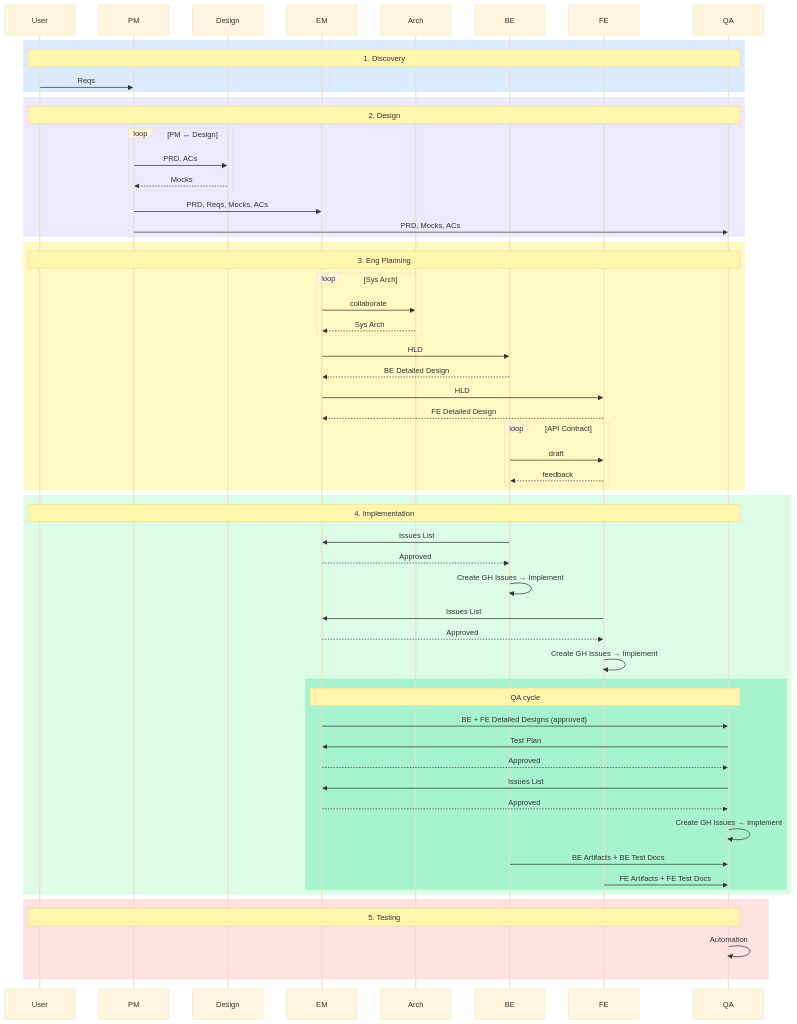
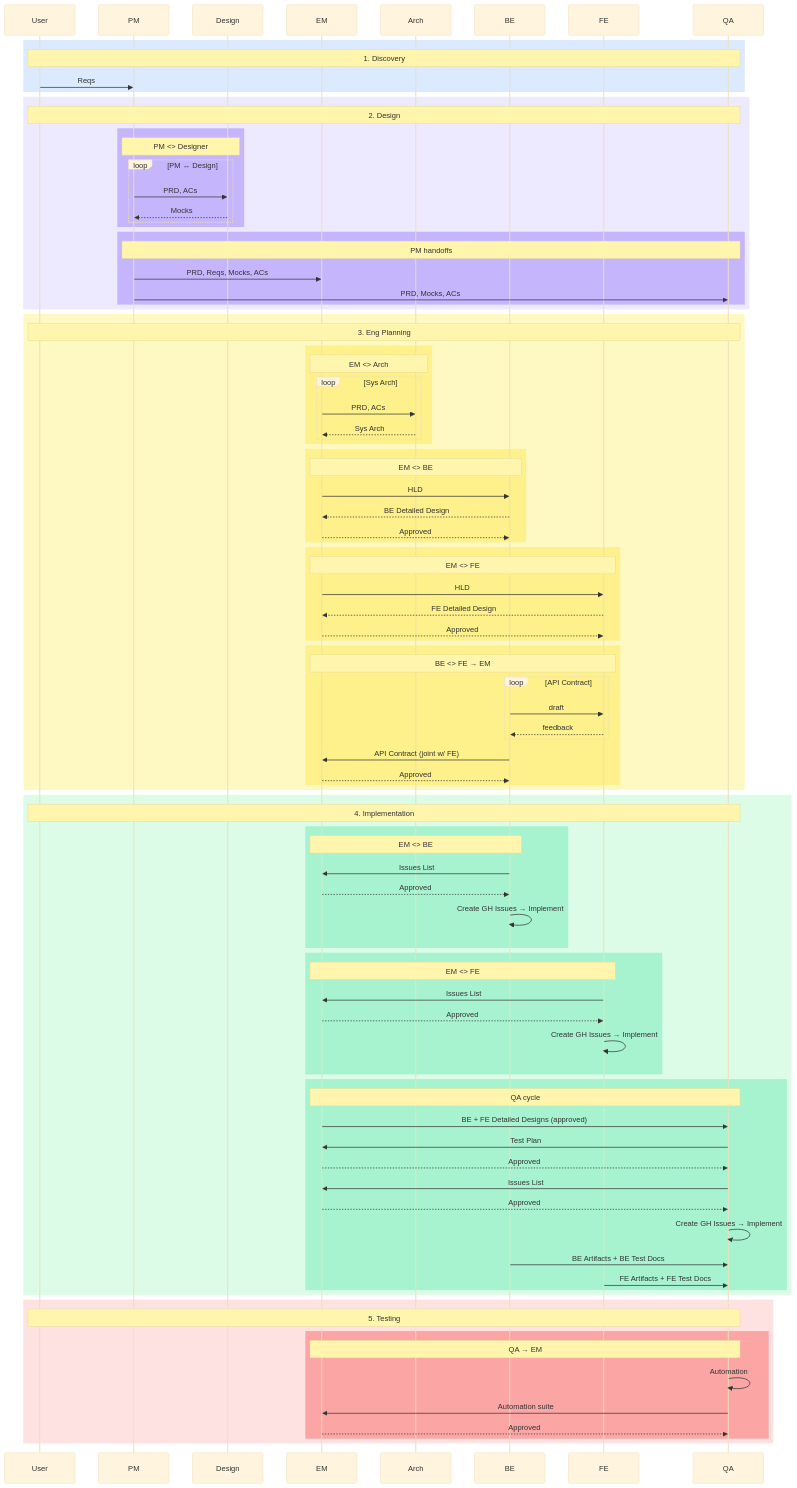
One commit to sans-github/agents changed the third of 3 diagrams in README.md. Above: the diagram before and after it, drawn with Mermaid (base theme).

Commit message:
add sub-boxes to all phases; fix EM approval gaps for BE DD, FE DD, API Contract, automation suite

````diff
--- a/README.md
+++ b/README.md
@@ -150,36 +150,64 @@
     end
     rect rgb(237, 233, 254)
         Note over User,QA: 2. Design
-        loop PM ↔ Design
-            PM->>Design: PRD, ACs
-            Design-->>PM: Mocks
+        rect rgb(196, 181, 253)
+            Note over PM,Design: PM <> Designer
+            loop PM ↔ Design
+                PM->>Design: PRD, ACs
+                Design-->>PM: Mocks
+            end
         end
-        PM->>EM: PRD, Reqs, Mocks, ACs
-        PM->>QA: PRD, Mocks, ACs
+        rect rgb(196, 181, 253)
+            Note over PM,QA: PM handoffs
+            PM->>EM: PRD, Reqs, Mocks, ACs
+            PM->>QA: PRD, Mocks, ACs
+        end
     end
     rect rgb(254, 249, 195)
         Note over User,QA: 3. Eng Planning
-        loop Sys Arch
-            EM->>Arch: collaborate
-            Arch-->>EM: Sys Arch
+        rect rgb(254, 240, 138)
+            Note over EM,Arch: EM <> Arch
+            loop Sys Arch
+                EM->>Arch: PRD, ACs
+                Arch-->>EM: Sys Arch
+            end
         end
-        EM->>BE: HLD
-        BE-->>EM: BE Detailed Design
-        EM->>FE: HLD
-        FE-->>EM: FE Detailed Design
-        loop API Contract
-            BE->>FE: draft
-            FE-->>BE: feedback
+        rect rgb(254, 240, 138)
+            Note over EM,BE: EM <> BE
+            EM->>BE: HLD
+            BE-->>EM: BE Detailed Design
+            EM-->>BE: Approved
+        end
+        rect rgb(254, 240, 138)
+            Note over EM,FE: EM <> FE
+            EM->>FE: HLD
+            FE-->>EM: FE Detailed Design
+            EM-->>FE: Approved
+        end
+        rect rgb(254, 240, 138)
+            Note over EM,FE: BE <> FE → EM
+            loop API Contract
+                BE->>FE: draft
+                FE-->>BE: feedback
+            end
+            BE->>EM: API Contract (joint w/ FE)
+            EM-->>BE: Approved
         end
     end
     rect rgb(220, 252, 231)
         Note over User,QA: 4. Implementation
-        BE->>EM: Issues List
-        EM-->>BE: Approved
-        BE->>BE: Create GH Issues → Implement
-        FE->>EM: Issues List
-        EM-->>FE: Approved
-        FE->>FE: Create GH Issues → Implement
+        rect rgb(167, 243, 208)
+            Note over EM,BE: EM <> BE
+            BE->>EM: Issues List
+            EM-->>BE: Approved
+            BE->>BE: Create GH Issues → Implement
+        end
+        rect rgb(167, 243, 208)
+            Note over EM,FE: EM <> FE
+            FE->>EM: Issues List
+            EM-->>FE: Approved
+            FE->>FE: Create GH Issues → Implement
+        end
         rect rgb(167, 243, 208)
             Note over EM,QA: QA cycle
             EM->>QA: BE + FE Detailed Designs (approved)
@@ -194,6 +222,11 @@
     end
     rect rgb(254, 226, 226)
         Note over User,QA: 5. Testing
-        QA->>QA: Automation
+        rect rgb(252, 165, 165)
+            Note over QA,EM: QA → EM
+            QA->>QA: Automation
+            QA->>EM: Automation suite
+            EM-->>QA: Approved
+        end
     end
 ```
````
